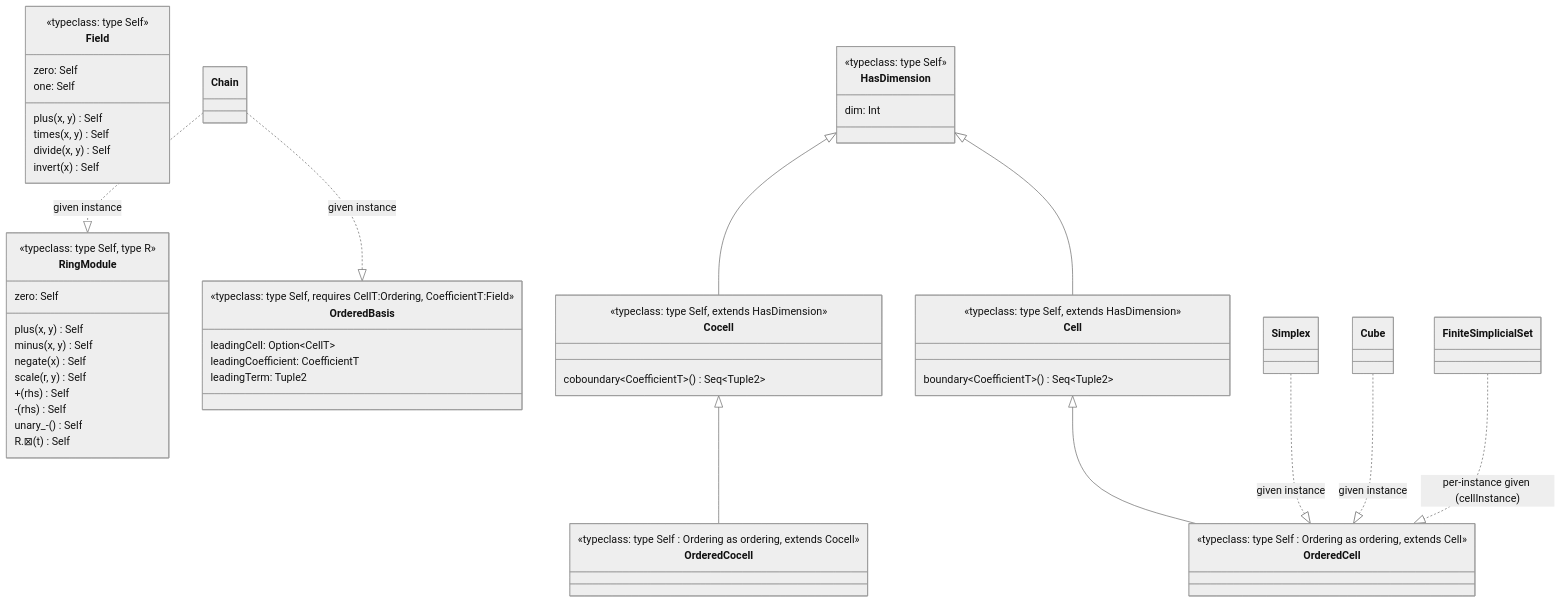
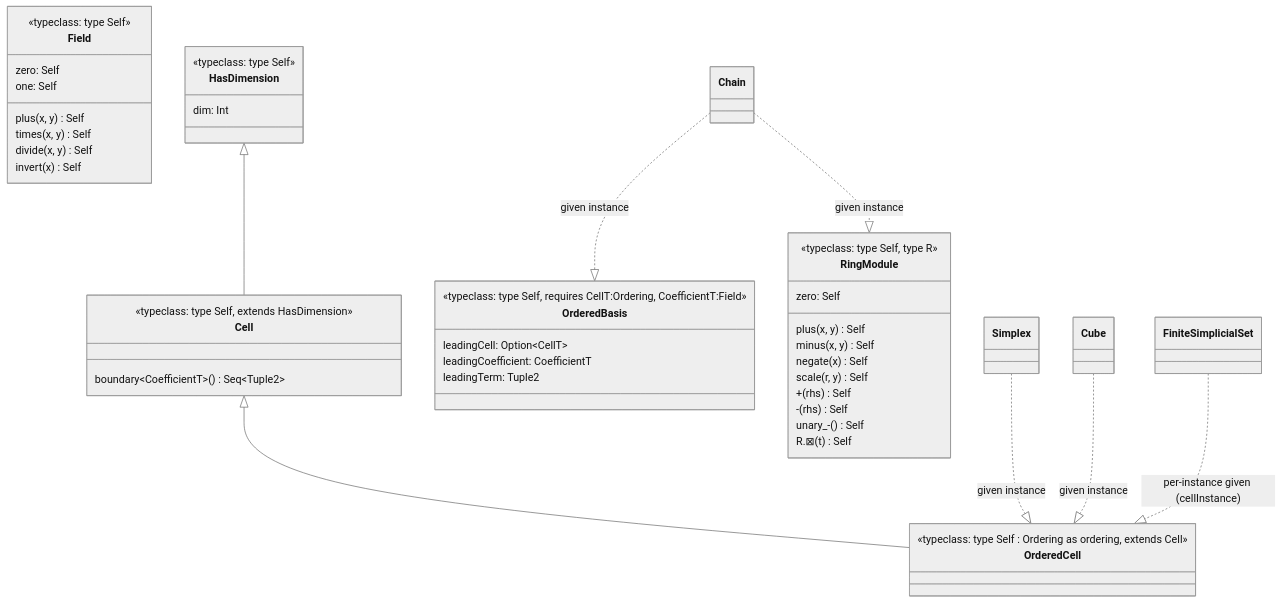
One commit to appliedtopology/tda4j changed the first of 6 diagrams in src/main/paradox/developers-guide/class-diagrams.md. Above: the diagram before and after it, drawn with Mermaid (neutral theme). The commit also changed other lines of this file and 15 other files, not shown here.

````diff
--- a/src/main/paradox/developers-guide/class-diagrams.md
+++ b/src/main/paradox/developers-guide/class-diagrams.md
@@ -11,57 +11,48 @@
 ```mermaid
 classDiagram
     class RingModule {
         <<typeclass: type Self, type R>>
         zero: Self
         plus(x, y) Self
         minus(x, y) Self
         negate(x) Self
         scale(r, y) Self
         +(rhs) Self
         -(rhs) Self
         unary_-() Self
         R.⊠(t) Self
     }
     class Field {
         <<typeclass: type Self>>
         plus(x, y) Self
         times(x, y) Self
         divide(x, y) Self
         invert(x) Self
         zero: Self
         one: Self
     }
     class HasDimension {
         <<typeclass: type Self>>
         dim: Int
     }
     class Cell {
         <<typeclass: type Self, extends HasDimension>>
         boundary~CoefficientT~() Seq~Tuple2~
     }
-    class Cocell {
-        <<typeclass: type Self, extends HasDimension>>
-        coboundary~CoefficientT~() Seq~Tuple2~
-    }
     class OrderedCell {
         <<typeclass: type Self : Ordering as ordering, extends Cell>>
-    }
-    class OrderedCocell {
-        <<typeclass: type Self : Ordering as ordering, extends Cocell>>
     }
     class OrderedBasis {
         <<typeclass: type Self, requires CellT:Ordering, CoefficientT:Field>>
         leadingCell: Option~CellT~
         leadingCoefficient: CoefficientT
         leadingTerm: Tuple2
     }
     HasDimension <|-- Cell
-    HasDimension <|-- Cocell
     Cell <|-- OrderedCell
-    Cocell <|-- OrderedCocell
     Simplex ..|> OrderedCell : given instance
     Cube ..|> OrderedCell : given instance
     FiniteSimplicialSet ..|> OrderedCell : per-instance given (cellInstance)
     Chain ..|> OrderedBasis : given instance
     Chain ..|> RingModule : given instance
 ```
````
